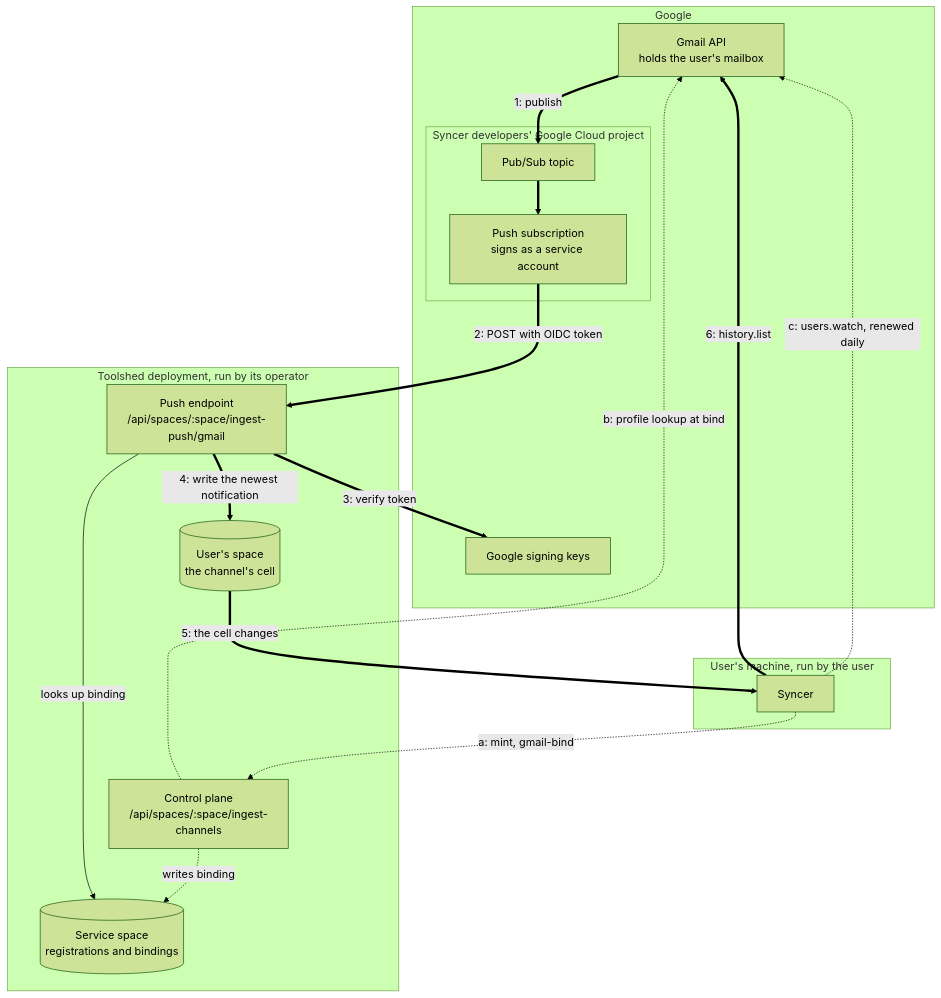
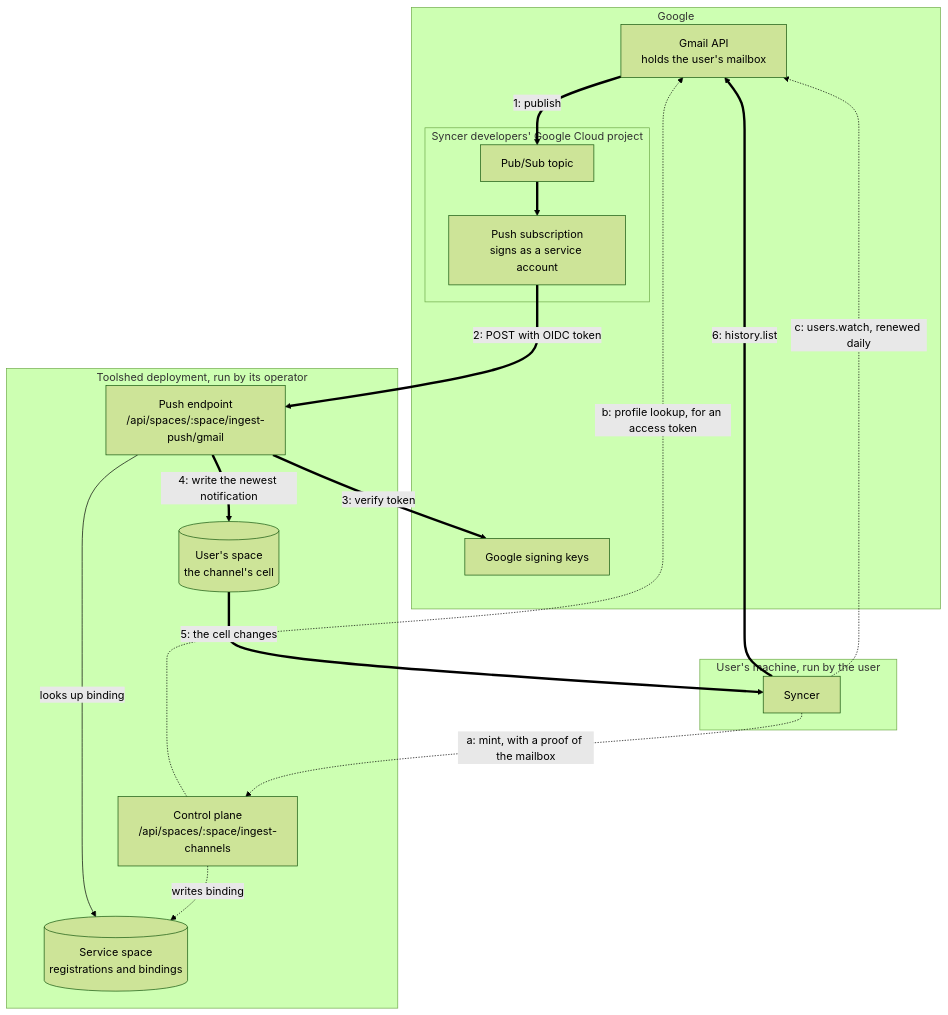
One commit to commonfabric/labs changed the first of 4 diagrams in docs/features/gmail-push-architecture.md. Above: the diagram before and after it, drawn with Mermaid (forest theme). The commit also changed other lines of this file and 44 other files, not shown here.

First line of the commit message:
feat(toolshed): bind a Gmail mailbox on mint, and drop the bind verbs (#8626)

````diff
--- a/docs/features/gmail-push-architecture.md
+++ b/docs/features/gmail-push-architecture.md
@@ -19,34 +19,34 @@
 ```mermaid
 flowchart TB
     subgraph google["Google"]
         gmail["Gmail API<br/>holds the user's mailbox"]
         keys["Google signing keys"]
         subgraph project["Syncer developers' Google Cloud project"]
             topic["Pub/Sub topic"]
             subscription["Push subscription<br/>signs as a service account"]
         end
     end
     subgraph toolshed["Toolshed deployment, run by its operator"]
         control["Control plane<br/>/api/spaces/:space/ingest-channels"]
         push["Push endpoint<br/>/api/spaces/:space/ingest-push/gmail"]
         service[("Service space<br/>registrations and bindings")]
         userspace[("User's space<br/>the channel's cell")]
     end
     subgraph machine["User's machine, run by the user"]
         syncer["Syncer"]
     end
 
-    syncer -. "a: mint, gmail-bind" .-> control
-    control -. "b: profile lookup at bind" .-> gmail
+    syncer -. "a: mint, with a proof of the mailbox" .-> control
+    control -. "b: profile lookup, for an access token" .-> gmail
     control -. "writes binding" .-> service
     syncer -. "c: users.watch, renewed daily" .-> gmail
 
     gmail == "1: publish" ==> topic
     topic ==> subscription
     subscription == "2: POST with OIDC token" ==> push
     push == "3: verify token" ==> keys
     push -- "looks up binding" --> service
     push == "4: write the newest notification" ==> userspace
     userspace == "5: the cell changes" ==> syncer
     syncer == "6: history.list" ==> gmail
 ```
````
